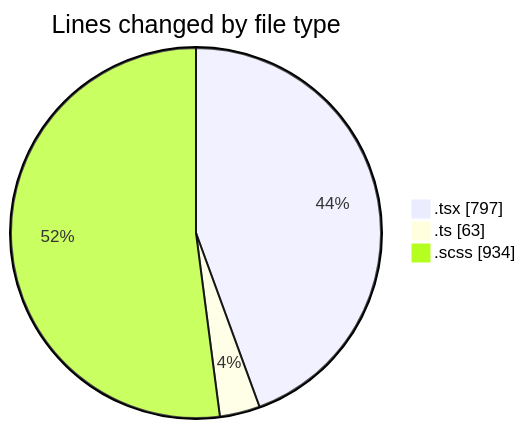
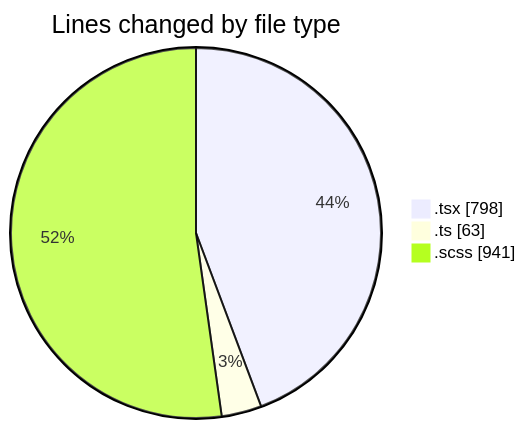
The first of 2 diagrams in 2025-04-02/cda/README.md (momahboobian/code-tracking), drawn with Mermaid before and after one commit. The commit also changed other lines of this file and 1 other file, not shown here.

````diff
--- a/2025-04-02/cda/README.md
+++ b/2025-04-02/cda/README.md
@@ -26,7 +26,7 @@
 ```mermaid
 pie showData
 title Lines changed by file type
-".tsx" : 797
+".tsx" : 798
 ".ts" : 63
-".scss" : 934
+".scss" : 941
 ```
````
